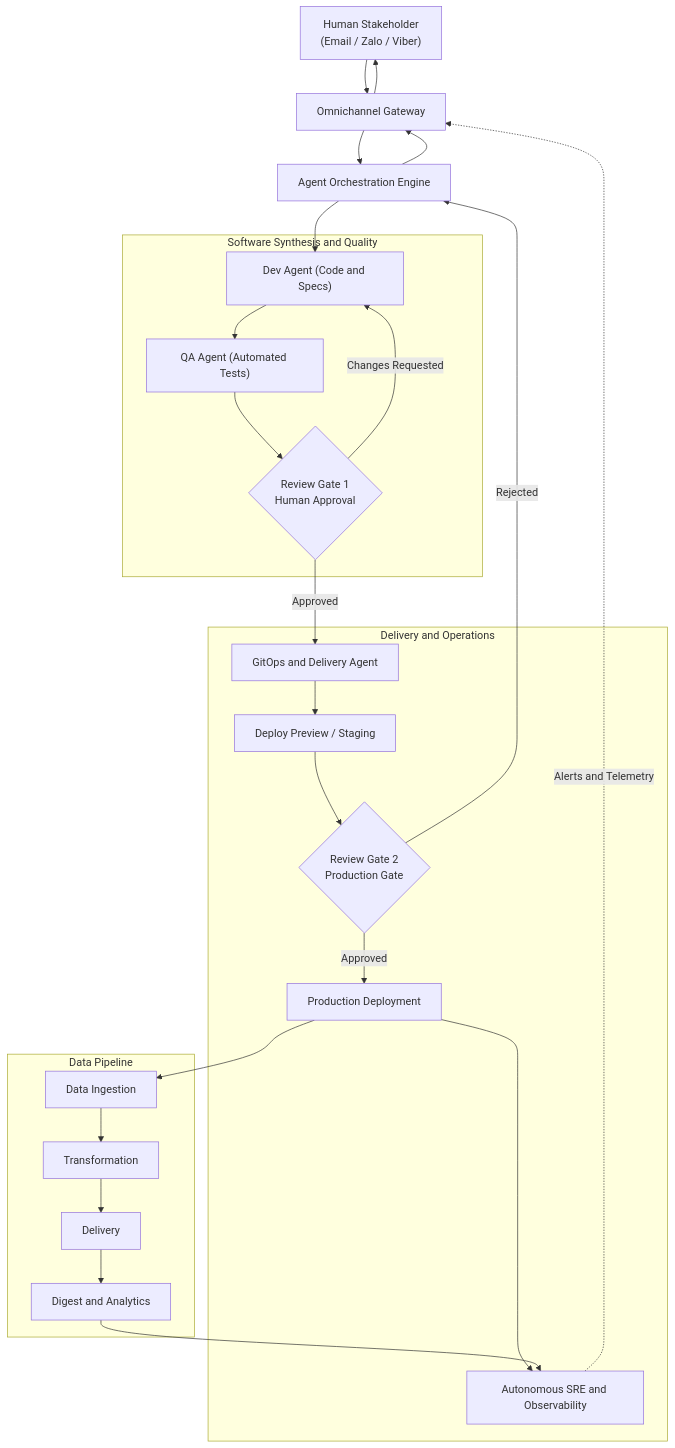
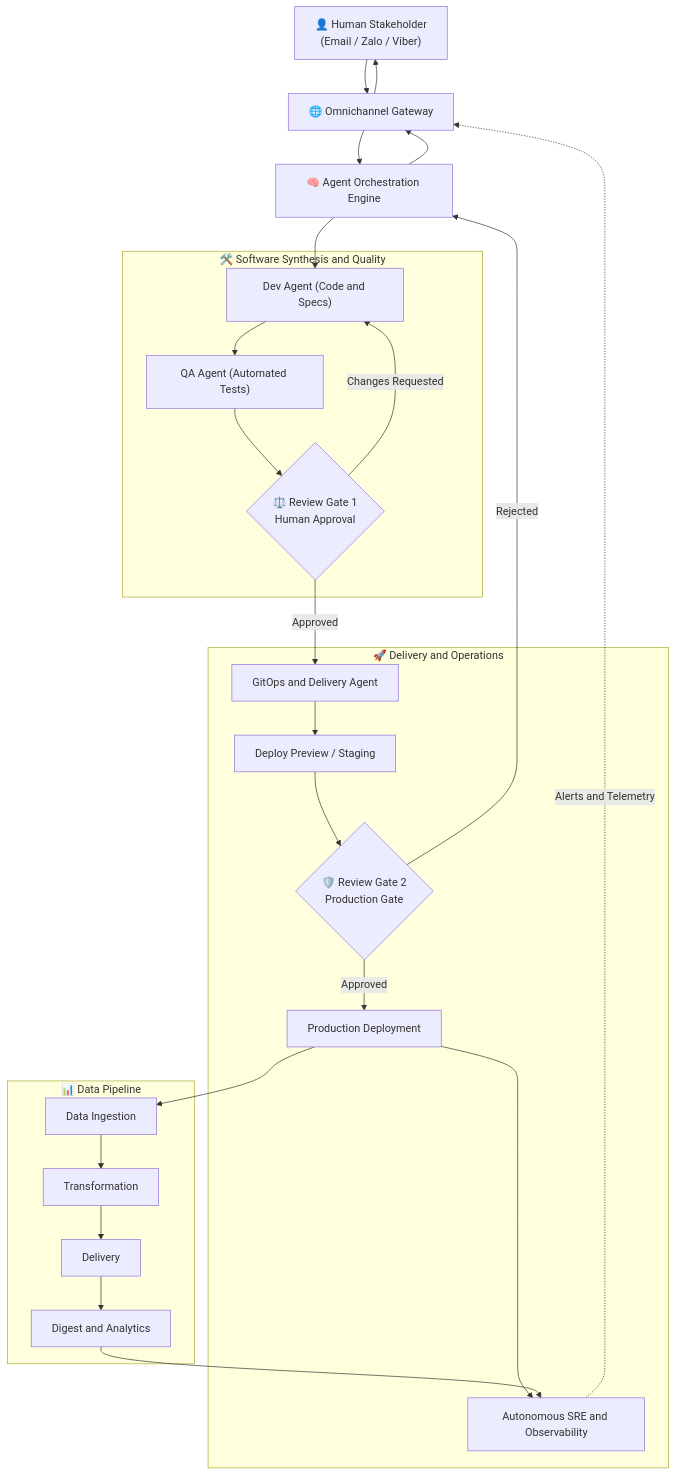
One commit to sonnormal/stratum-meta changed the diagram in README.md. Above: the diagram before and after it, drawn with Mermaid. The commit also changed other lines of this file and 1 other file, not shown here.

Commit message:
fix(docs): switch preview diagram to PNG and install markdown-mermaid extension

````diff
--- a/README.md
+++ b/README.md
@@ -59,54 +56,54 @@
 ```mermaid
 graph TD
-    User["Human Stakeholder<br/>(Email / Zalo / Viber)"]
-    Gateway["Omnichannel Gateway"]
-    Orchestrator["Agent Orchestration Engine"]
+    User["👤 Human Stakeholder<br/>(Email / Zalo / Viber)"]
+    Gateway["🌐 Omnichannel Gateway"]
+    Orchestrator["🧠 Agent Orchestration Engine"]
 
     User --> Gateway
     Gateway --> User
     Gateway --> Orchestrator
     Orchestrator --> Gateway
 
-    subgraph DevLifecycle ["Software Synthesis and Quality"]
+    subgraph DevLifecycle ["🛠️ Software Synthesis and Quality"]
         DevAgent["Dev Agent (Code and Specs)"]
         TestAgent["QA Agent (Automated Tests)"]
-        ReviewGate1{"Review Gate 1<br/>Human Approval"}
+        ReviewGate1{"⚖️ Review Gate 1<br/>Human Approval"}
 
         DevAgent --> TestAgent
         TestAgent --> ReviewGate1
         ReviewGate1 -->|"Changes Requested"| DevAgent
     end
 
     Orchestrator --> DevAgent
     ReviewGate1 -->|"Approved"| GitOpsAgent
 
-    subgraph DeliveryOps ["Delivery and Operations"]
+    subgraph DeliveryOps ["🚀 Delivery and Operations"]
         GitOpsAgent["GitOps and Delivery Agent"]
         StagingDeploy["Deploy Preview / Staging"]
-        ReviewGate2{"Review Gate 2<br/>Production Gate"}
+        ReviewGate2{"🛡️ Review Gate 2<br/>Production Gate"}
         ProdDeploy["Production Deployment"]
         AIOps["Autonomous SRE and Observability"]
 
         GitOpsAgent --> StagingDeploy
         StagingDeploy --> ReviewGate2
         ReviewGate2 -->|"Approved"| ProdDeploy
         ProdDeploy --> AIOps
     end
 
     ReviewGate2 -->|"Rejected"| Orchestrator
 
-    subgraph DataLifecycle ["Data Pipeline"]
+    subgraph DataLifecycle ["📊 Data Pipeline"]
         Ingest["Data Ingestion"]
         Transform["Transformation"]
         Delivery["Delivery"]
         Digest["Digest and Analytics"]
 
         Ingest --> Transform
         Transform --> Delivery
         Delivery --> Digest
     end
 
     ProdDeploy --> Ingest
     Digest --> AIOps
     AIOps -.->|"Alerts and Telemetry"| Gateway
 ```
````
